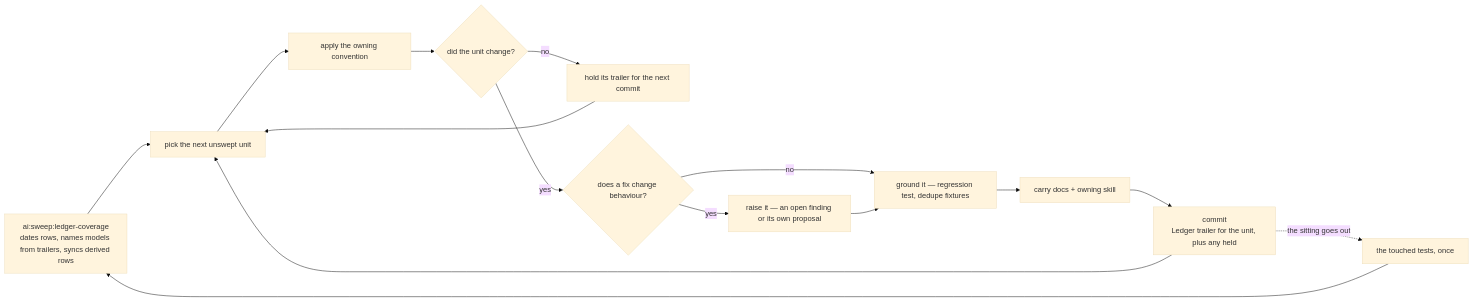
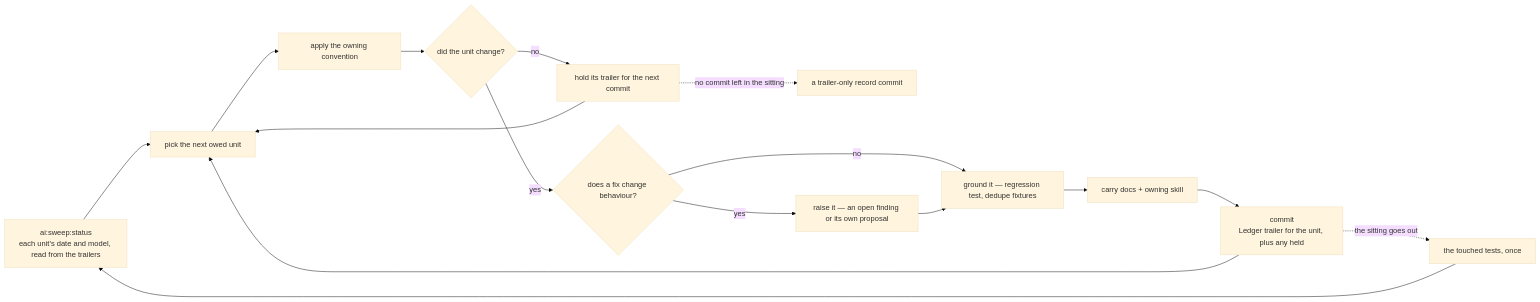
One commit to Esposter/Esposter changed the diagram in .agents/skills/sweeps/references/one-pass.md. Above: the diagram before and after it, drawn with Mermaid (base theme). The commit also changed other lines of this file and 28 other files, not shown here.

First line of the commit message:
docs(sweeps): the sweeps skill reads coverage from the trailers, a clean unit rides a record commit, and a rule change reopens only its recipe's hits

````diff
--- a/.agents/skills/sweeps/references/one-pass.md
+++ b/.agents/skills/sweeps/references/one-pass.md
@@ -5,17 +5,18 @@
 ```mermaid
 flowchart LR
-  COVER["ai:sweep:ledger-coverage<br/>dates rows, names models from trailers, syncs derived rows"] --> PICK["pick the next unswept unit"]
+  COVER["ai:sweep:status<br/>each unit's date and model, read from the trailers"] --> PICK["pick the next owed unit"]
   PICK --> APPLY["apply the owning convention"]
   APPLY --> CHANGED{"did the unit change?"}
   CHANGED -->|"no"| HOLD["hold its trailer for the next commit"]
   HOLD --> PICK
+  HOLD -.->|"no commit left in the sitting"| RECORD["a trailer-only record commit"]
   CHANGED -->|"yes"| GATE{"does a fix change behaviour?"}
   GATE -->|"yes"| RAISE["raise it — an open finding or its own proposal"]
   GATE -->|"no"| TESTS["ground it — regression test, dedupe fixtures"]
   RAISE --> TESTS
   TESTS --> CARRY["carry docs + owning skill"]
   CARRY --> TICK["commit<br/>Ledger trailer for the unit, plus any held"]
   TICK --> PICK
   TICK -.->|"the sitting goes out"| CHECK["the touched tests, once"]
   CHECK --> COVER
 ```
````
